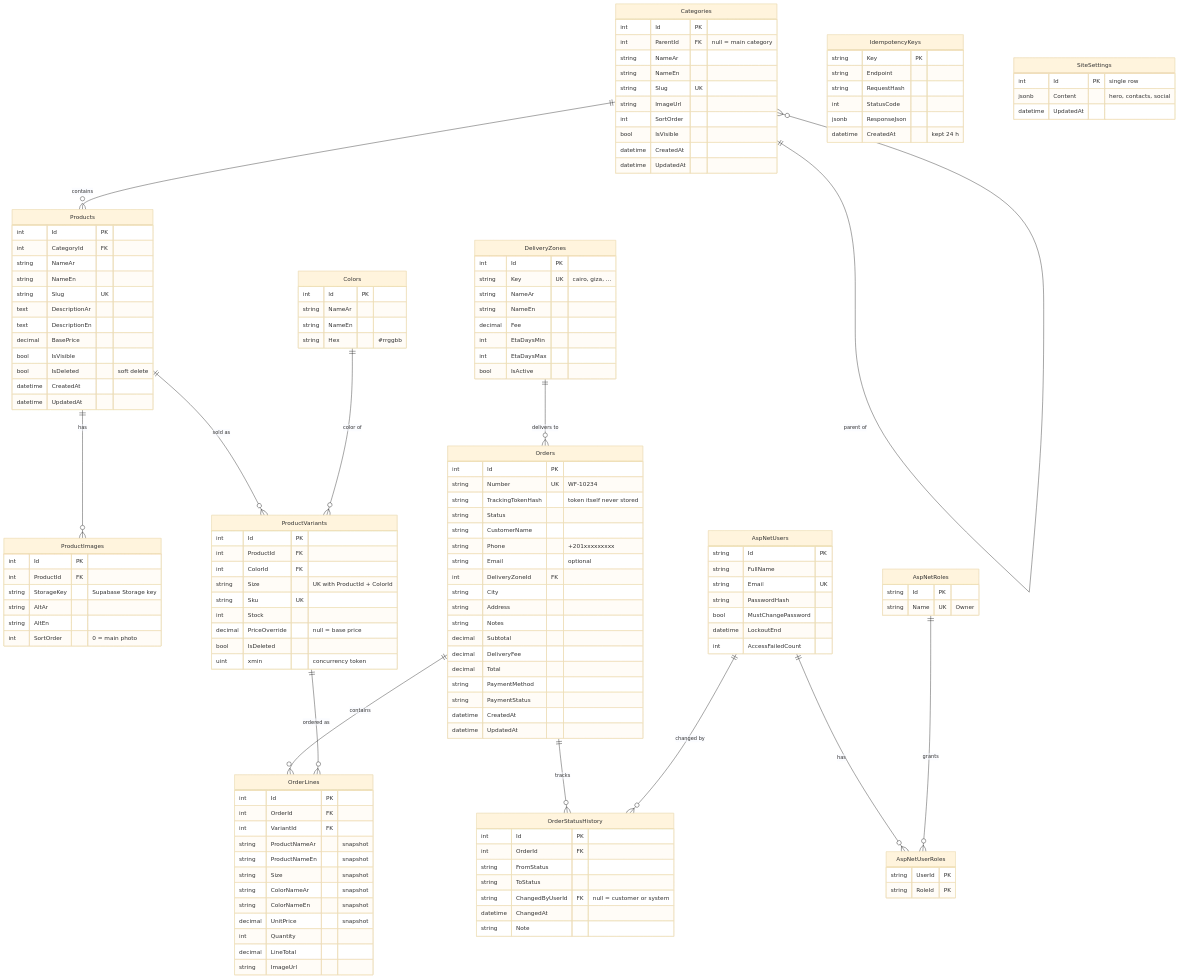
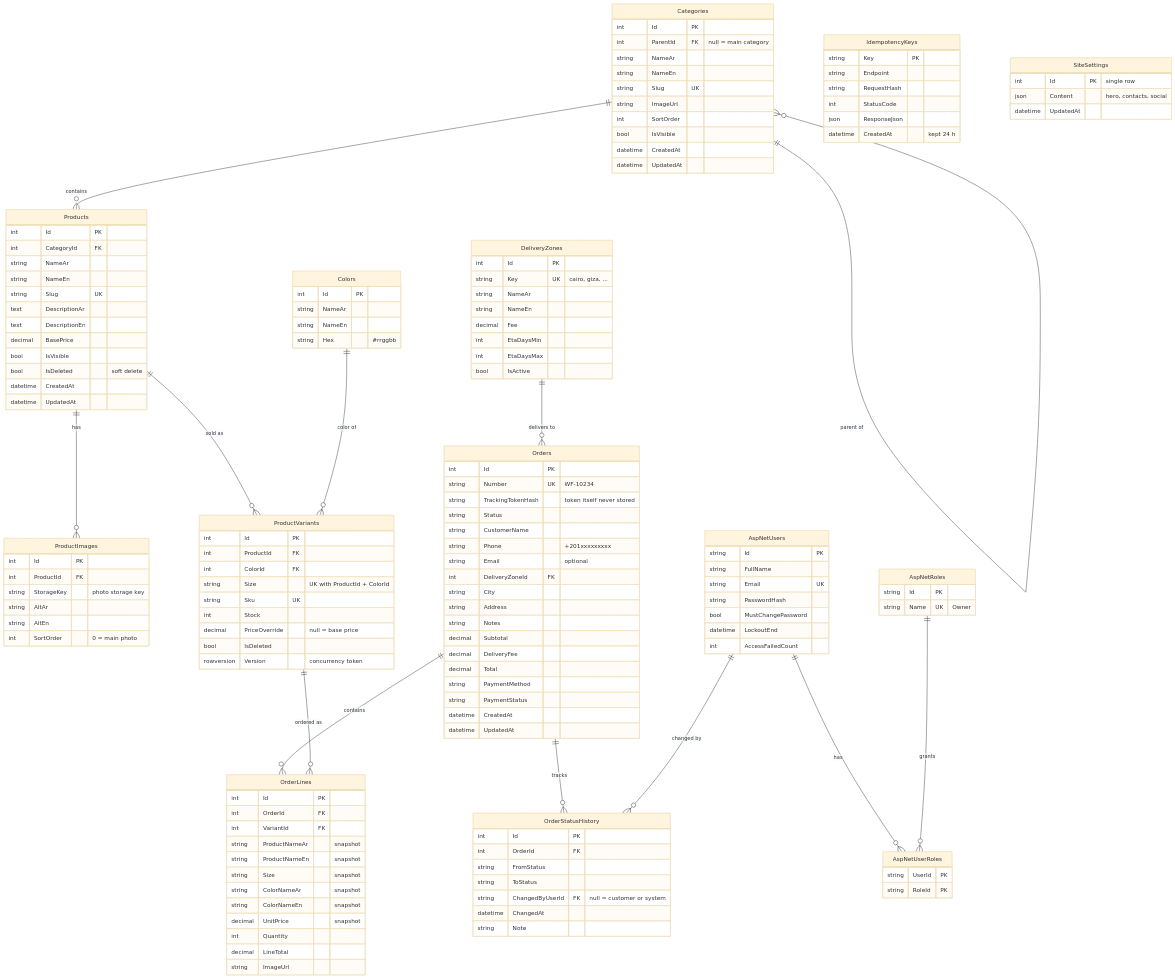
The diagram in docs/database-erd.mmd (xYoussefJoo/WEFT), drawn with Mermaid (base theme) before and after one commit. The commit also changed 32 other files, not shown here.

```diff
--- a/docs/database-erd.mmd
+++ b/docs/database-erd.mmd
@@ -1,153 +1,153 @@
 erDiagram
     %% ===== Catalog =====
     Categories ||--o{ Categories : "parent of"
     Categories ||--o{ Products : contains
     Products ||--o{ ProductImages : has
     Products ||--o{ ProductVariants : "sold as"
     Colors ||--o{ ProductVariants : "color of"
 
     %% ===== Orders =====
     DeliveryZones ||--o{ Orders : "delivers to"
     Orders ||--o{ OrderLines : contains
     ProductVariants ||--o{ OrderLines : "ordered as"
     Orders ||--o{ OrderStatusHistory : tracks
     AspNetUsers ||--o{ OrderStatusHistory : "changed by"
 
     %% ===== Identity (owner only) =====
     AspNetUsers ||--o{ AspNetUserRoles : has
     AspNetRoles ||--o{ AspNetUserRoles : grants
 
     Categories {
         int Id PK
         int ParentId FK "null = main category"
         string NameAr
         string NameEn
         string Slug UK
         string ImageUrl
         int SortOrder
         bool IsVisible
         datetime CreatedAt
         datetime UpdatedAt
     }
     Products {
         int Id PK
         int CategoryId FK
         string NameAr
         string NameEn
         string Slug UK
         text DescriptionAr
         text DescriptionEn
         decimal BasePrice
         bool IsVisible
         bool IsDeleted "soft delete"
         datetime CreatedAt
         datetime UpdatedAt
     }
     ProductImages {
         int Id PK
         int ProductId FK
-        string StorageKey "Supabase Storage key"
+        string StorageKey "photo storage key"
         string AltAr
         string AltEn
         int SortOrder "0 = main photo"
     }
     ProductVariants {
         int Id PK
         int ProductId FK
         int ColorId FK
         string Size "UK with ProductId + ColorId"
         string Sku UK
         int Stock
         decimal PriceOverride "null = base price"
         bool IsDeleted
-        uint xmin "concurrency token"
+        rowversion Version "concurrency token"
     }
     Colors {
         int Id PK
         string NameAr
         string NameEn
         string Hex "#rrggbb"
     }
     DeliveryZones {
         int Id PK
         string Key UK "cairo, giza, ..."
         string NameAr
         string NameEn
         decimal Fee
         int EtaDaysMin
         int EtaDaysMax
         bool IsActive
     }
     Orders {
         int Id PK
         string Number UK "WF-10234"
         string TrackingTokenHash "token itself never stored"
         string Status
         string CustomerName
         string Phone "+201xxxxxxxxx"
         string Email "optional"
         int DeliveryZoneId FK
         string City
         string Address
         string Notes
         decimal Subtotal
         decimal DeliveryFee
         decimal Total
         string PaymentMethod
         string PaymentStatus
         datetime CreatedAt
         datetime UpdatedAt
     }
     OrderLines {
         int Id PK
         int OrderId FK
         int VariantId FK
         string ProductNameAr "snapshot"
         string ProductNameEn "snapshot"
         string Size "snapshot"
         string ColorNameAr "snapshot"
         string ColorNameEn "snapshot"
         decimal UnitPrice "snapshot"
         int Quantity
         decimal LineTotal
         string ImageUrl
     }
     OrderStatusHistory {
         int Id PK
         int OrderId FK
         string FromStatus
         string ToStatus
         string ChangedByUserId FK "null = customer or system"
         datetime ChangedAt
         string Note
     }
     IdempotencyKeys {
         string Key PK
         string Endpoint
         string RequestHash
         int StatusCode
-        jsonb ResponseJson
+        json ResponseJson
         datetime CreatedAt "kept 24 h"
     }
     SiteSettings {
         int Id PK "single row"
-        jsonb Content "hero, contacts, social"
+        json Content "hero, contacts, social"
         datetime UpdatedAt
     }
     AspNetUsers {
         string Id PK
         string FullName
         string Email UK
         string PasswordHash
         bool MustChangePassword
         datetime LockoutEnd
         int AccessFailedCount
     }
     AspNetRoles {
         string Id PK
         string Name UK "Owner"
     }
     AspNetUserRoles {
         string UserId PK
         string RoleId PK
     }
```
